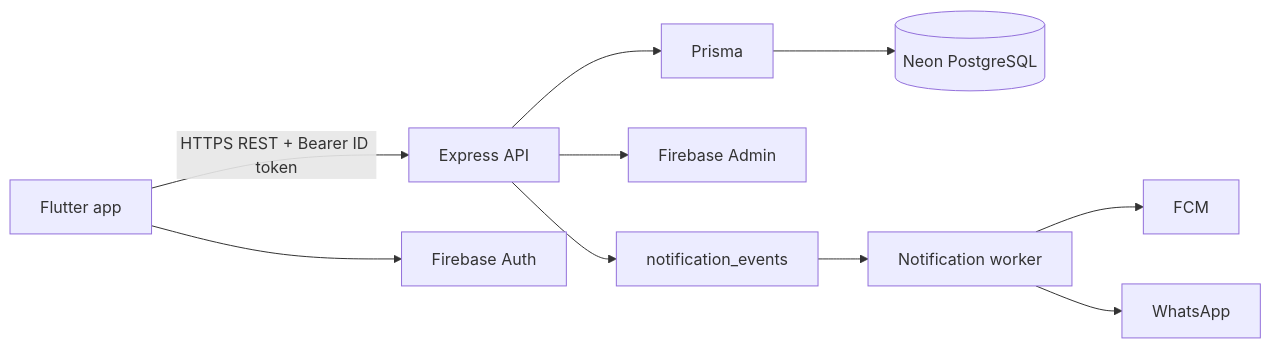
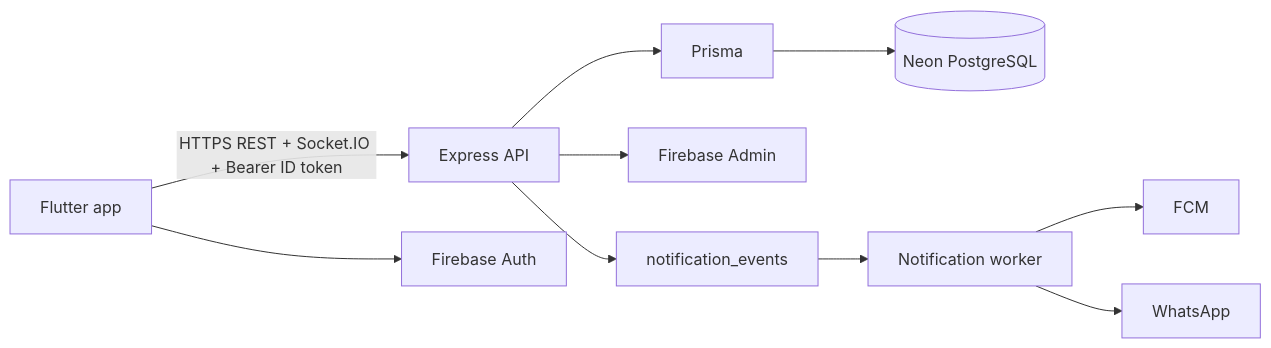
The diagram in docs/PROJECT_OVERVIEW.md (MohamedMSalah/yalla5roga), drawn with Mermaid before and after one commit. The commit also changed other lines of this file and 168 other files, not shown here.

````diff
--- a/docs/PROJECT_OVERVIEW.md
+++ b/docs/PROJECT_OVERVIEW.md
@@ -57,12 +57,12 @@
 ```mermaid
 flowchart LR
-  Flutter[Flutter app] -->|HTTPS REST + Bearer ID token| API[Express API]
+  Flutter[Flutter app] -->|HTTPS REST + Socket.IO + Bearer ID token| API[Express API]
   API --> Prisma[Prisma]
   Prisma --> Neon[(Neon PostgreSQL)]
   Flutter --> FirebaseAuth[Firebase Auth]
   API --> FirebaseAdmin[Firebase Admin]
   API --> Outbox[notification_events]
   Outbox --> Worker[Notification worker]
   Worker --> FCM[FCM]
   Worker --> WA[WhatsApp]
 ```
````
